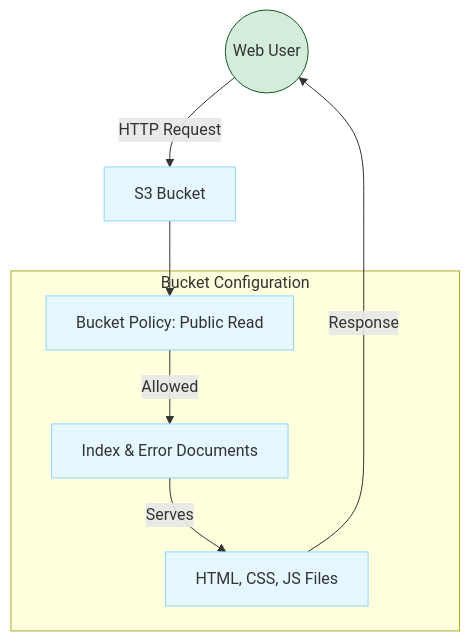
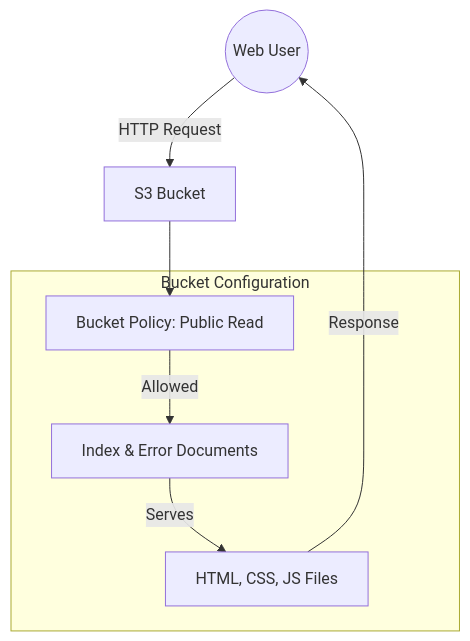
The first of 3 diagrams in docs/dev-cloud/cclab/lab_4.md (sujith-eag/sujith-library), drawn with Mermaid before and after one commit. The commit also changed other lines of this file and 41 other files, not shown here.

First line of the commit message:
Refactor diagrams and remove redundant styles in documentation

````diff
--- a/docs/dev-cloud/cclab/lab_4.md
+++ b/docs/dev-cloud/cclab/lab_4.md
@@ -21,21 +21,15 @@
 ```mermaid
 flowchart TD
     User((Web User)) -->|HTTP Request| Bucket[S3 Bucket]
     
     subgraph Bucket_Config [Bucket Configuration]
         Policy[Bucket Policy: Public Read]
         Config[Index & Error Documents]
         Files[HTML, CSS, JS Files]
     end
     
     Bucket --> Policy
     Policy -->|Allowed| Config
     Config -->|Serves| Files
     Files -->|Response| User
-
-    classDef process fill:#e6f7ff,stroke:#91d5ff
-    classDef success fill:#d4edda,stroke:#155724
-
-    class Bucket,Policy,Config,Files process
-    class User success
 ```
````
